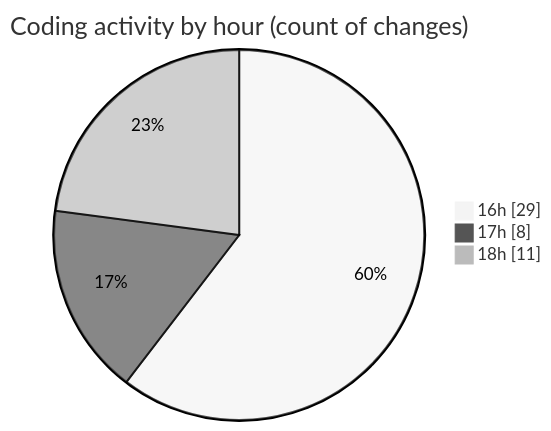
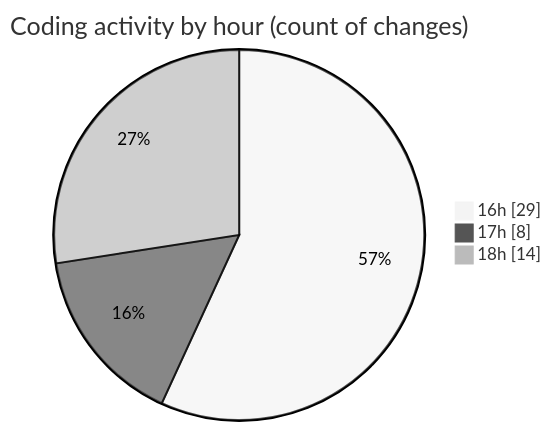
One commit to Netris89/code-tracking changed the second of 2 diagrams in 2025-11-01/skintrack/README.md. Above: the diagram before and after it, drawn with Mermaid (neutral theme). The commit also changed other lines of this file and 1 other file, not shown here.

````diff
--- a/2025-11-01/skintrack/README.md
+++ b/2025-11-01/skintrack/README.md
@@ -33,7 +33,7 @@
 ```mermaid
 pie showData
 title Coding activity by hour (count of changes)
 "16h" : 29
 "17h" : 8
-"18h" : 11
+"18h" : 14
 ```
````
